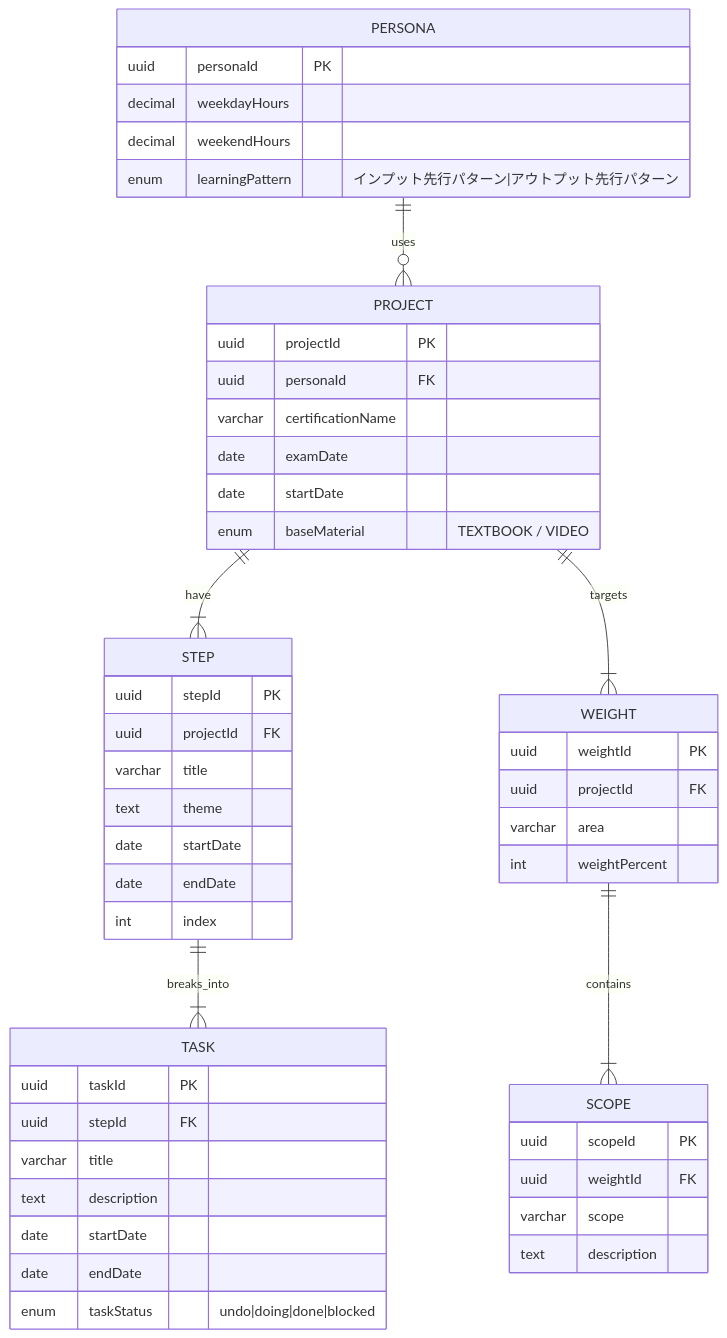
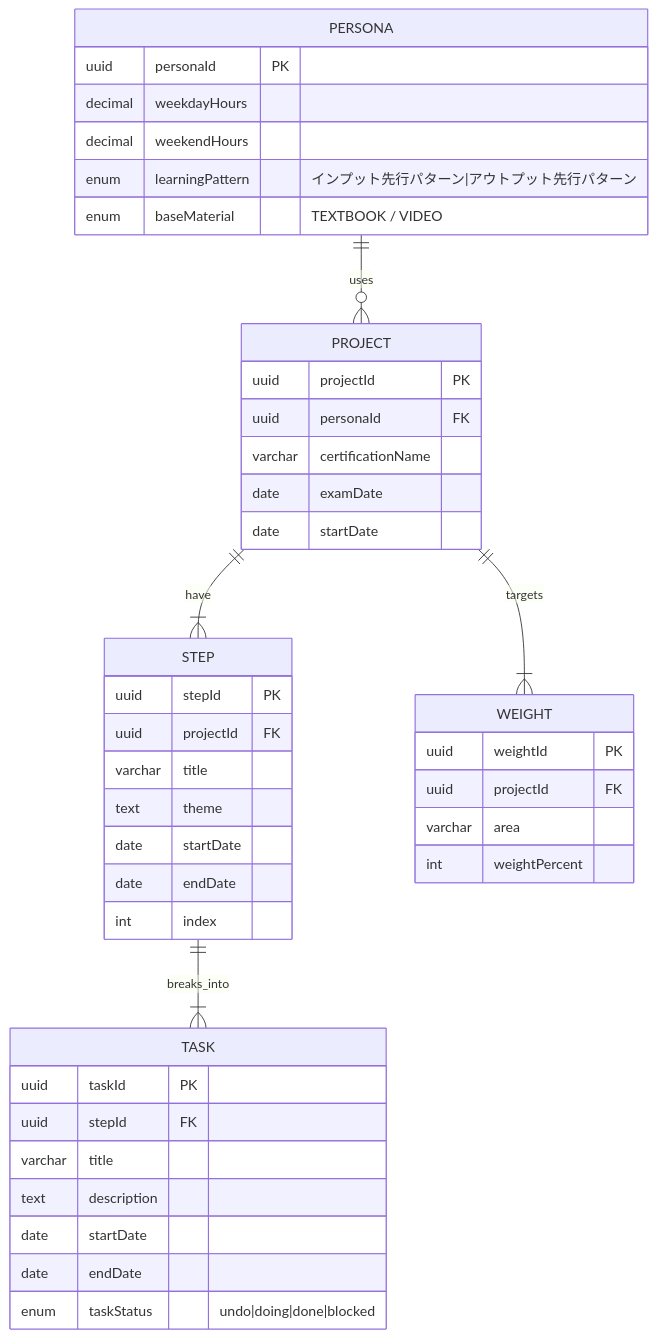
One commit to study-basic-hackathon/lazy-bear changed the diagram in docs/設計/erDiagram.md. Above: the diagram before and after it, drawn with Mermaid.

Commit message:
baseMaterialをpersonaに移動、scopeテーブルを削除

````diff
--- a/docs/設計/erDiagram.md
+++ b/docs/設計/erDiagram.md
@@ -3,58 +3,50 @@
 ```mermaid
 erDiagram
     PROJECT ||--|{ STEP : have
     STEP ||--|{ TASK : breaks_into
     PERSONA ||--o{ PROJECT : uses
     PROJECT ||--|{ WEIGHT : targets
-    WEIGHT ||--|{ SCOPE : contains
 
     PROJECT {
         uuid projectId PK
         uuid personaId FK
         varchar certificationName
         date examDate
         date startDate
-        enum baseMaterial "TEXTBOOK / VIDEO"
     }
 
     STEP {
         uuid stepId PK
         uuid projectId FK
         varchar title
         text theme
         date startDate
         date endDate
         int index
     }
 
     TASK {
         uuid taskId PK
         uuid stepId FK
         varchar title
         text description
         date startDate
         date endDate
         enum taskStatus "undo|doing|done|blocked"
     }
 
     PERSONA {
         uuid personaId PK
         decimal weekdayHours
         decimal weekendHours
         enum learningPattern "インプット先行パターン|アウトプット先行パターン"
+        enum baseMaterial "TEXTBOOK / VIDEO"
     }
 
     WEIGHT {
         uuid weightId PK
         uuid projectId FK
         varchar area
         int weightPercent
     }
-
-    SCOPE {
-        uuid scopeId PK
-        uuid weightId FK
-        varchar scope
-        text description
-    }
 ```
````
